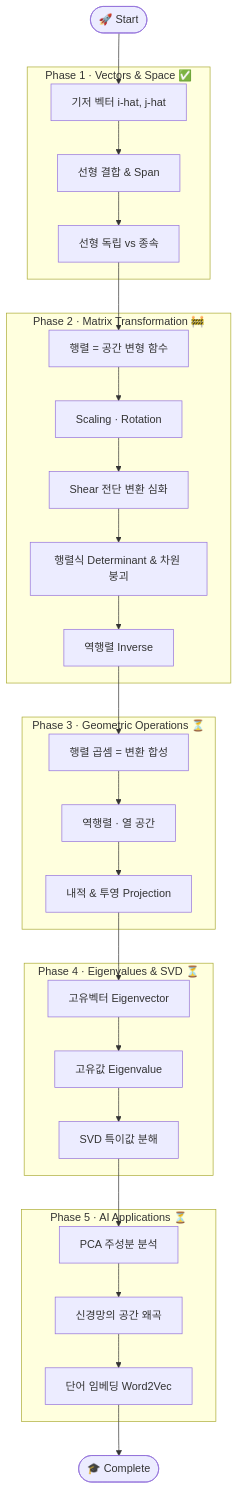
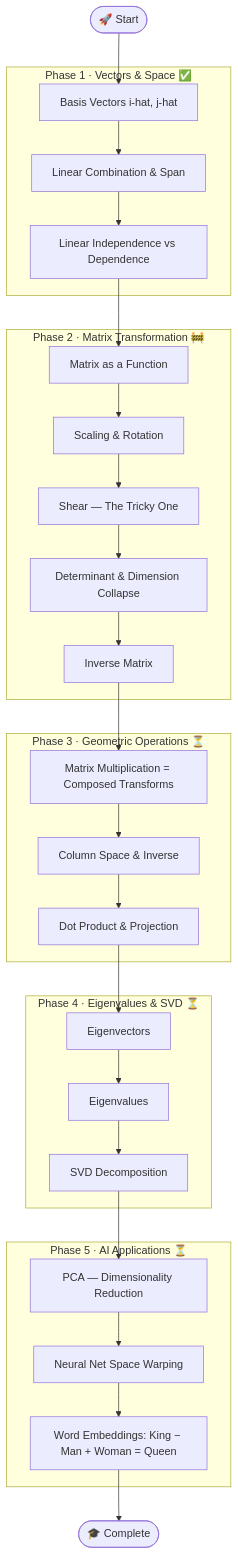
Before and after one commit to bookseal/linear-algebra-visualization: the diagram in README.md, drawn with Mermaid. The commit also changed other lines of this file and 2 other files, not shown here.

````diff
--- a/README.md
+++ b/README.md
@@ -24,37 +33,37 @@
 ```mermaid
 flowchart TD
     A([🚀 Start]) --> B
 
     subgraph P1["Phase 1 · Vectors & Space ✅"]
-        B[기저 벡터 i-hat, j-hat] --> C[선형 결합 & Span]
-        C --> D[선형 독립 vs 종속]
+        B[Basis Vectors i-hat, j-hat] --> C[Linear Combination & Span]
+        C --> D[Linear Independence vs Dependence]
     end
 
     subgraph P2["Phase 2 · Matrix Transformation 🚧"]
-        E[행렬 = 공간 변형 함수] --> F[Scaling · Rotation]
-        F --> G[Shear 전단 변환 심화]
-        G --> H[행렬식 Determinant & 차원 붕괴]
-        H --> I[역행렬 Inverse]
+        E[Matrix as a Function] --> F[Scaling & Rotation]
+        F --> G[Shear — The Tricky One]
+        G --> H[Determinant & Dimension Collapse]
+        H --> I[Inverse Matrix]
     end
 
     subgraph P3["Phase 3 · Geometric Operations ⏳"]
-        J[행렬 곱셈 = 변환 합성] --> K[역행렬 · 열 공간]
-        K --> L[내적 & 투영 Projection]
+        J[Matrix Multiplication = Composed Transforms] --> K[Column Space & Inverse]
+        K --> L[Dot Product & Projection]
     end
 
     subgraph P4["Phase 4 · Eigenvalues & SVD ⏳"]
-        M[고유벡터 Eigenvector] --> N[고유값 Eigenvalue]
-        N --> O[SVD 특이값 분해]
+        M[Eigenvectors] --> N[Eigenvalues]
+        N --> O[SVD Decomposition]
     end
 
     subgraph P5["Phase 5 · AI Applications ⏳"]
-        P[PCA 주성분 분석] --> Q[신경망의 공간 왜곡]
-        Q --> R[단어 임베딩 Word2Vec]
+        P[PCA — Dimensionality Reduction] --> Q[Neural Net Space Warping]
+        Q --> R[Word Embeddings: King − Man + Woman = Queen]
     end
 
     D --> E
     I --> J
     L --> M
     O --> P
     R --> S([🎓 Complete])
 ```
````
